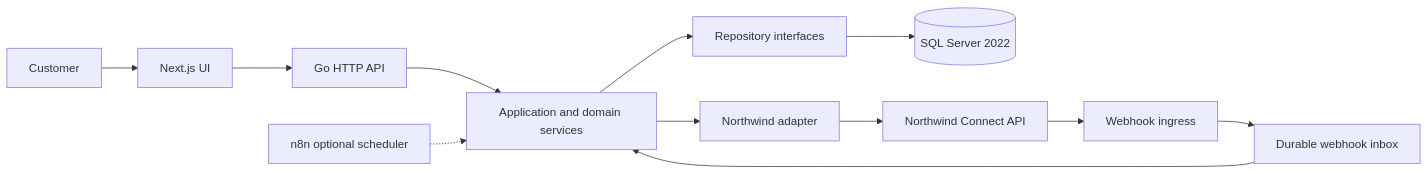
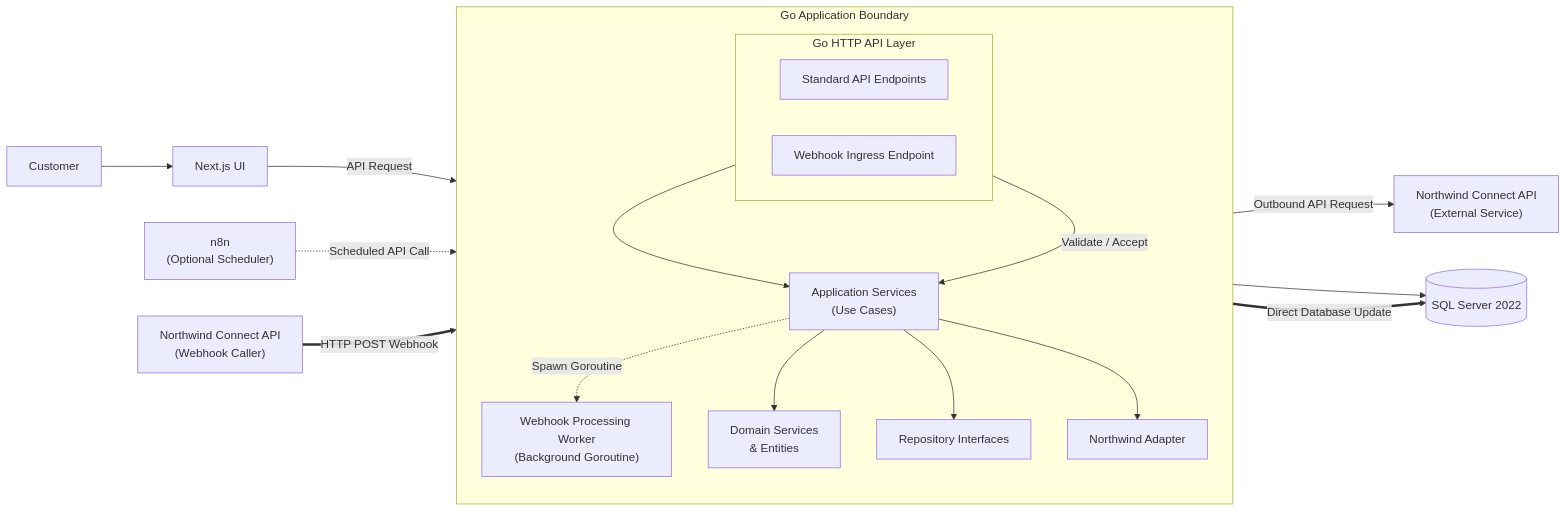
One commit to Rockhelljumper/Vantaca-Interview-Project changed the first of 13 diagrams in Notes/StartHere.md. Above: the diagram before and after it, drawn with Mermaid. The commit also changed other lines of this file and 13 other files, not shown here.

Commit message:
Updates for adding logging and additional mermaid chart clean up

````diff
--- a/Notes/StartHere.md
+++ b/Notes/StartHere.md
@@ -43,18 +43,91 @@
 ```mermaid
 flowchart LR
-    Customer["Customer"] --> UI["Next.js UI"]
-    UI --> API["Go HTTP API"]
-    API --> App["Application and domain services"]
 
-    App --> Repo["Repository interfaces"]
-    Repo --> SQL[("SQL Server 2022")]
+    %% =========================================
+    %% External Callers
+    %% =========================================
 
-    App --> Adapter["Northwind adapter"]
-    Adapter --> Northwind["Northwind Connect API"]
+    Customer["Customer"]
+    UI["Next.js UI"]
+    N8N["n8n<br/>(Optional Scheduler)"]
 
-    Northwind --> Webhook["Webhook ingress"]
-    Webhook --> Inbox["Durable webhook inbox"]
-    Inbox --> App
+    NorthwindWebhook["Northwind Connect API<br/>(Webhook Caller)"]
 
-    N8N["n8n optional scheduler"] -.-> App
+    Customer --> UI
+
+
+    %% =========================================
+    %% Go Application Boundary
+    %% =========================================
+
+    subgraph Go_App["Go Application Boundary"]
+        direction TB
+
+        subgraph API_Layer["Go HTTP API Layer"]
+            direction LR
+
+            API["Standard API Endpoints"]
+
+            Ingress["Webhook Ingress Endpoint"]
+        end
+
+        App["Application Services<br/>(Use Cases)"]
+
+        Domain["Domain Services<br/>& Entities"]
+
+        Repo["Repository Interfaces"]
+
+        Adapter["Northwind Adapter"]
+
+        Worker["Webhook Processing Worker<br/>(Background Goroutine)"]
+
+
+        API --> App
+
+        Ingress -->|"Validate / Accept"| App
+
+        App -.->|"Spawn Goroutine"| Worker
+
+        App --> Domain
+
+        App --> Repo
+
+        App --> Adapter
+    end
+
+
+    %% =========================================
+    %% External Dependencies
+    %% =========================================
+
+    NorthwindAPI["Northwind Connect API<br/>(External Service)"]
+
+    SQL[("SQL Server 2022")]
+
+
+    %% =========================================
+    %% Calls INTO Go Application
+    %% =========================================
+
+    UI -->|"API Request"| API
+
+    N8N -.->|"Scheduled API Call"| API
+
+    NorthwindWebhook ==>|"HTTP POST Webhook"| Ingress
+
+
+    %% =========================================
+    %% Calls OUT OF Go Application
+    %% =========================================
+
+    Adapter -->|"Outbound API Request"| NorthwindAPI
+
+
+    %% =========================================
+    %% Persistence
+    %% =========================================
+
+    Repo --> SQL
+
+    Worker ==>|"Direct Database Update"| SQL
 ```
````
